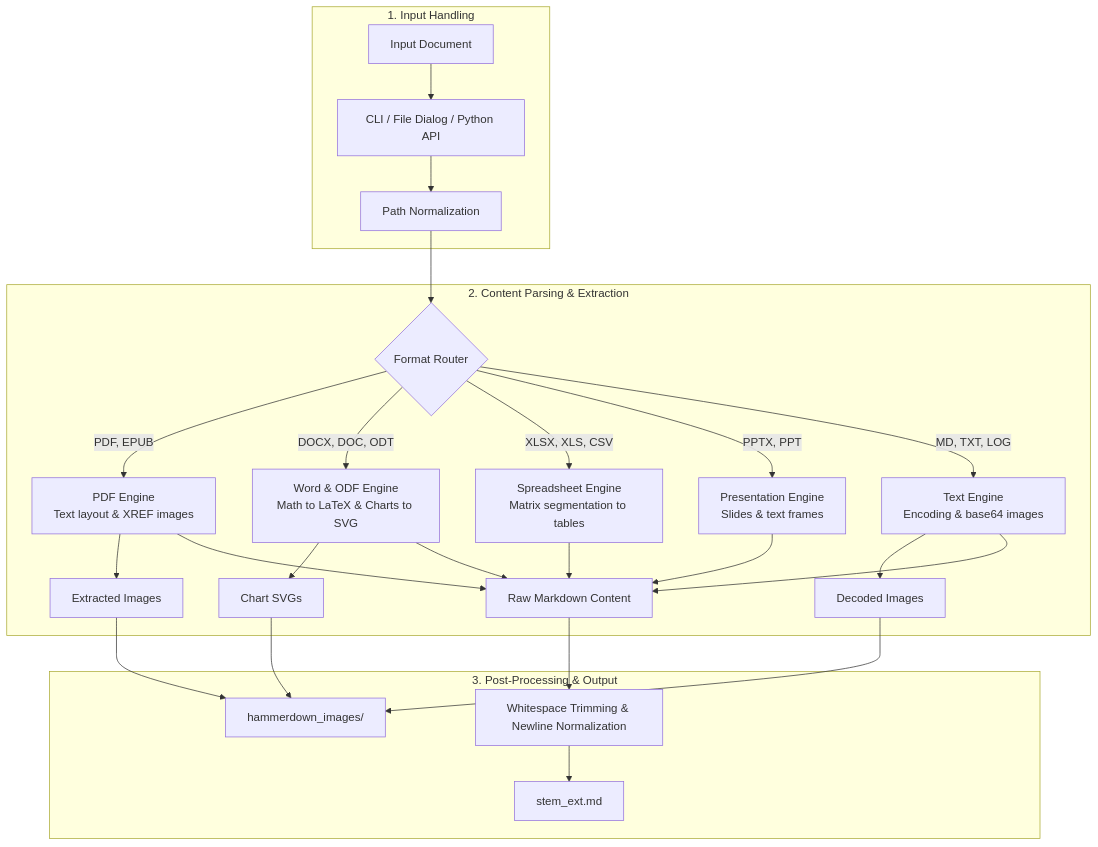
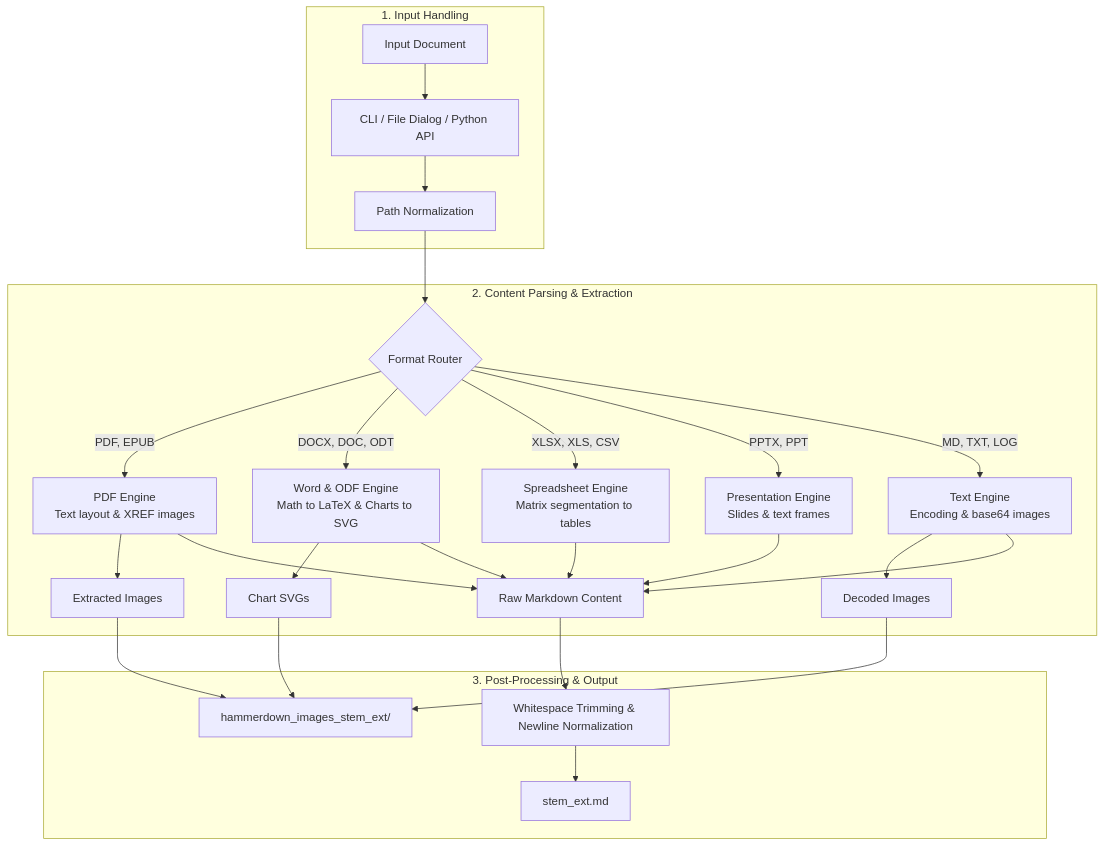
The diagram in docs/ARCHITECTURE.md (sergeypugin/hammerdown), drawn with Mermaid before and after one commit. The commit also changed other lines of this file and 3 other files, not shown here.

````diff
--- a/docs/ARCHITECTURE.md
+++ b/docs/ARCHITECTURE.md
@@ -9,36 +9,36 @@
 ```mermaid
 flowchart TD
     subgraph S1 [1. Input Handling]
         A[Input Document] --> B[CLI / File Dialog / Python API]
         B --> C[Path Normalization]
     end
 
     subgraph S2 [2. Content Parsing & Extraction]
         C --> D{Format Router}
 
         D -->|PDF, EPUB| P_PDF[PDF Engine<br>Text layout & XREF images]
         D -->|DOCX, DOC, ODT| P_DOC[Word & ODF Engine<br>Math to LaTeX & Charts to SVG]
         D -->|XLSX, XLS, CSV| P_SHEET[Spreadsheet Engine<br>Matrix segmentation to tables]
         D -->|PPTX, PPT| P_PPT[Presentation Engine<br>Slides & text frames]
         D -->|MD, TXT, LOG| P_TXT[Text Engine<br>Encoding & base64 images]
 
         P_PDF --> IMG[Extracted Images]
         P_DOC --> SVG[Chart SVGs]
         P_TXT --> B64[Decoded Images]
 
         P_PDF --> MD_RAW[Raw Markdown Content]
         P_DOC --> MD_RAW
         P_SHEET --> MD_RAW
         P_PPT --> MD_RAW
         P_TXT --> MD_RAW
     end
 
     subgraph S3 [3. Post-Processing & Output]
-        IMG --> ASSETS[hammerdown_images/]
+        IMG --> ASSETS[hammerdown_images_stem_ext/]
         SVG --> ASSETS
         B64 --> ASSETS
 
         MD_RAW --> CLEAN[Whitespace Trimming & Newline Normalization]
         CLEAN --> OUT_FILE[stem_ext.md]
     end
 ```
````
